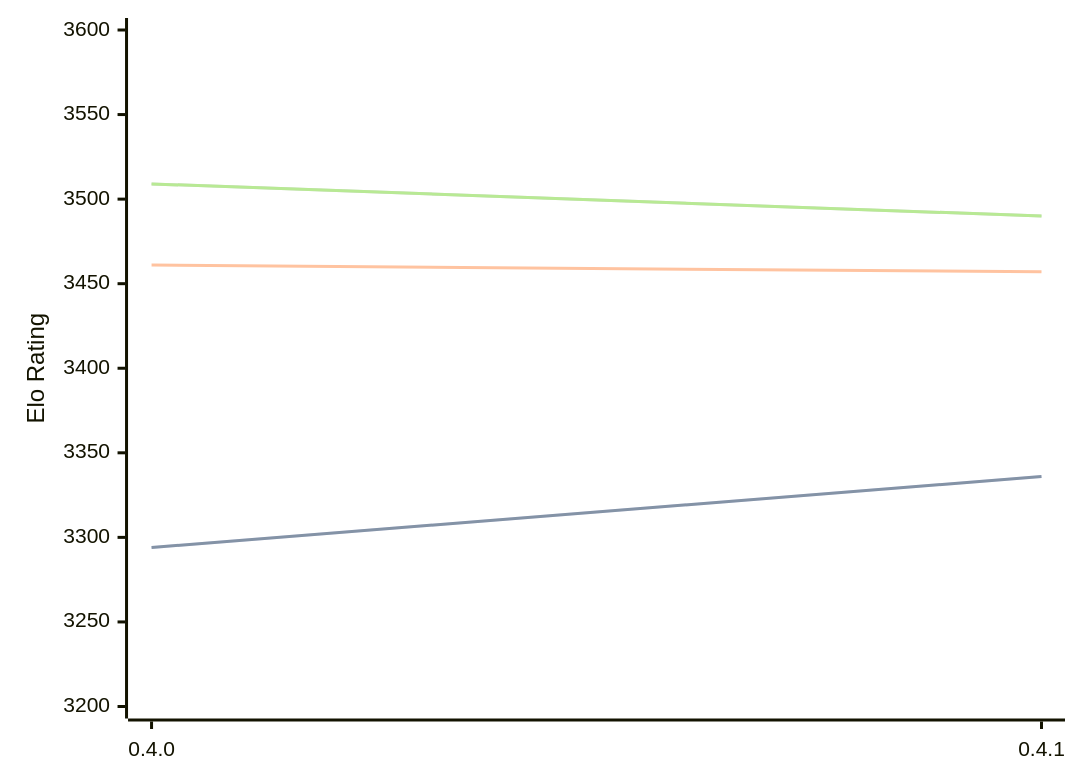
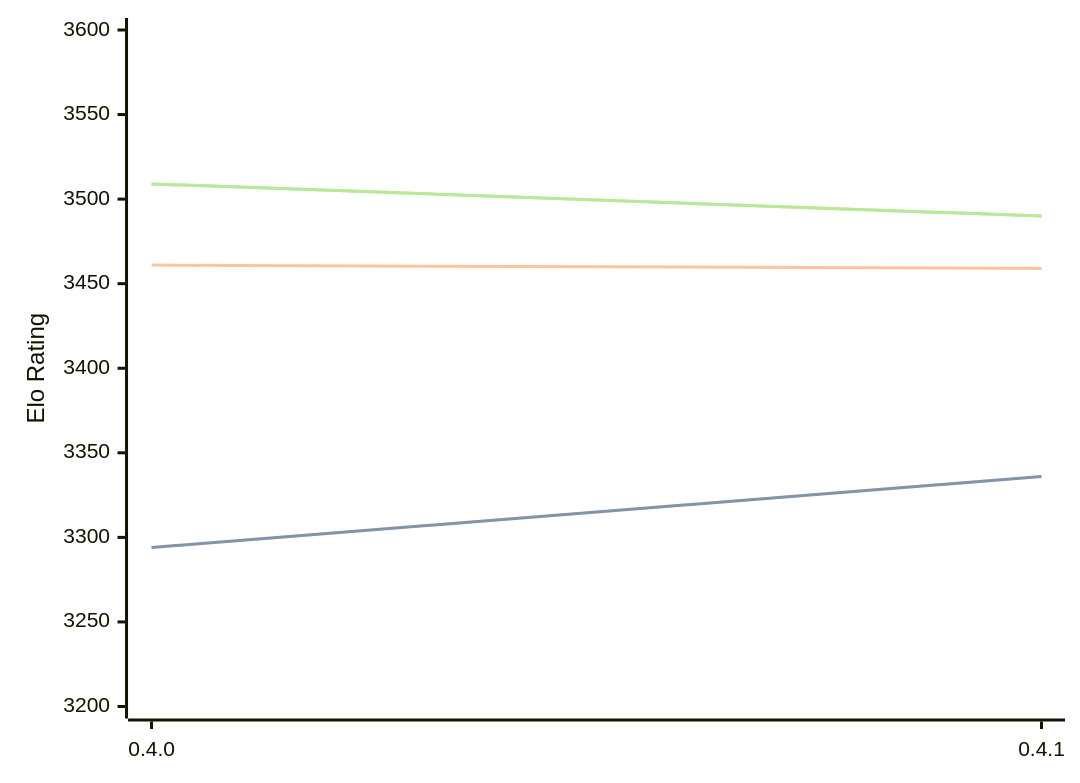
One commit to computer-chess-index/cci changed the first of 3 diagrams in engines/Cinder.md. Above: the diagram before and after it, drawn with Mermaid. The commit also changed other lines of this file, not shown here.

````diff
--- a/engines/Cinder.md
+++ b/engines/Cinder.md
@@ -40,11 +40,11 @@
 ```mermaid
 %%{init: {"theme":"base","themeVariables":{"seriesColors:['#a3a3a3','#222221','#faa371']}}}%%
 xychart-beta
   x-axis ["0.4.0", "0.4.1"]
   y-axis "Elo Rating" 3200 --> 3600
   line "STC (8.0+0.08s)" [3294, 3336]
   line "STC (8.0+0.08s)" [3294, 3336]
-  line "LTC (60.0+0.60s)" [3461, 3457]
+  line "LTC (60.0+0.60s)" [3461, 3459]
   line "VLTC (2m24s+1.12s)" [3509, 3490]
   line "VLTC (2m24s+1.12s)" [3509, 3490]
 ```
````
